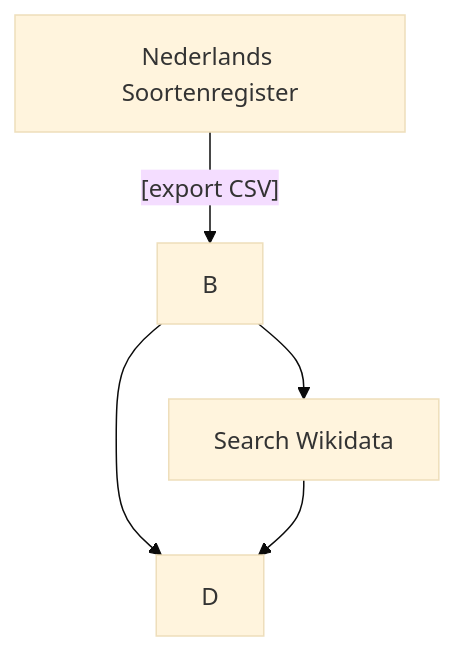
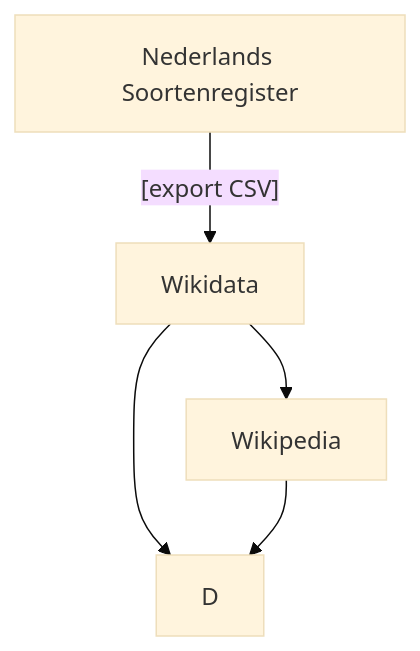
One commit to andrawaag/arise_hack2022 changed the diagram in README.md. Above: the diagram before and after it, drawn with Mermaid (base theme).

````diff
--- a/README.md
+++ b/README.md
@@ -3,7 +3,7 @@
 ```mermaid
   graph TD;
-      A[Nederlands Soortenregister]-- [export CSV] -->B;
-      B-->C[Search Wikidata];
+      A[Nederlands Soortenregister]-- [export CSV] -->B[Wikidata];
+      B-->C[Wikipedia];
       B-->D;
       C-->D;
 ```
````
